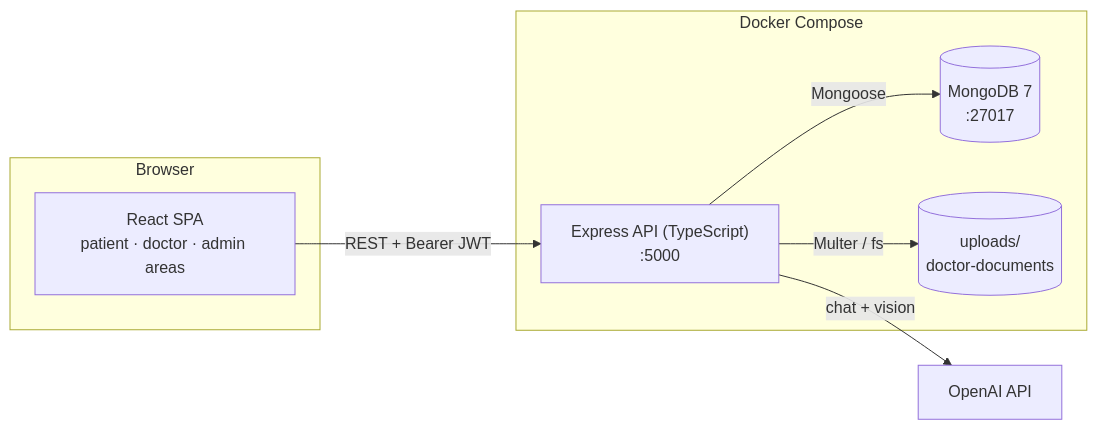
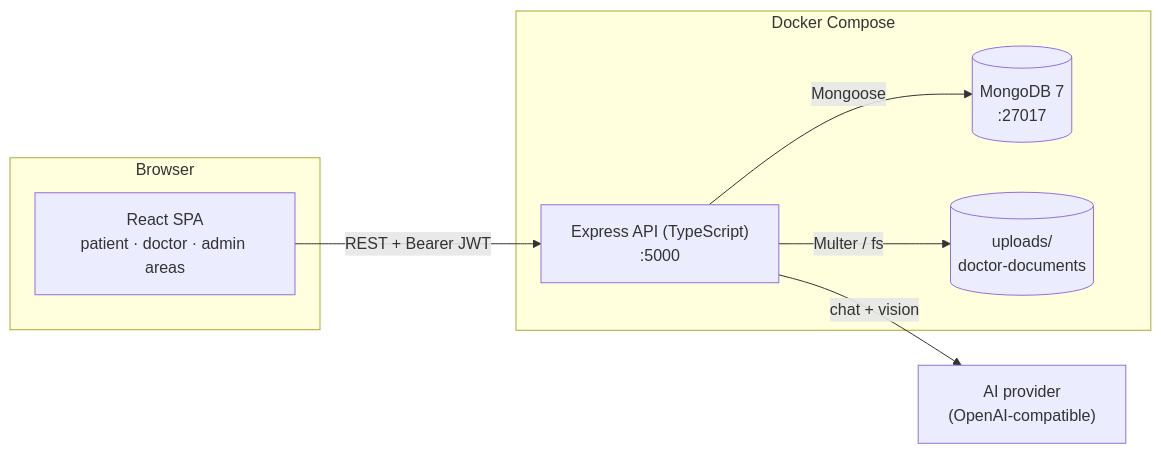
The first of 3 diagrams in docs/04-Architecture.md (SouradeepMisra/MedAI-Connect), drawn with Mermaid before and after one commit. The commit also changed other lines of this file and 6 other files, not shown here.

````diff
--- a/docs/04-Architecture.md
+++ b/docs/04-Architecture.md
@@ -14,15 +14,15 @@
 ```mermaid
 flowchart LR
     subgraph Browser
       SPA["React SPA<br/>patient · doctor · admin areas"]
     end
     subgraph Docker Compose
       API["Express API (TypeScript)<br/>:5000"]
       DB[("MongoDB 7<br/>:27017")]
       FS[("uploads/<br/>doctor-documents")]
     end
     SPA -- "REST + Bearer JWT" --> API
     API -- Mongoose --> DB
     API -- "Multer / fs" --> FS
-    API -- "chat + vision" --> OAI["OpenAI API"]
+    API -- "chat + vision" --> OAI["AI provider<br/>(OpenAI-compatible)"]
 ```
````
